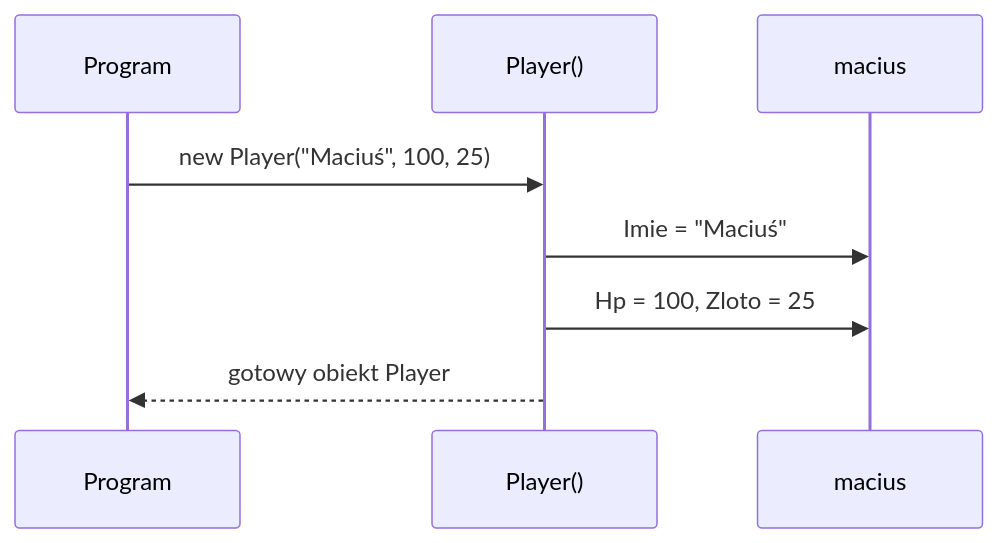
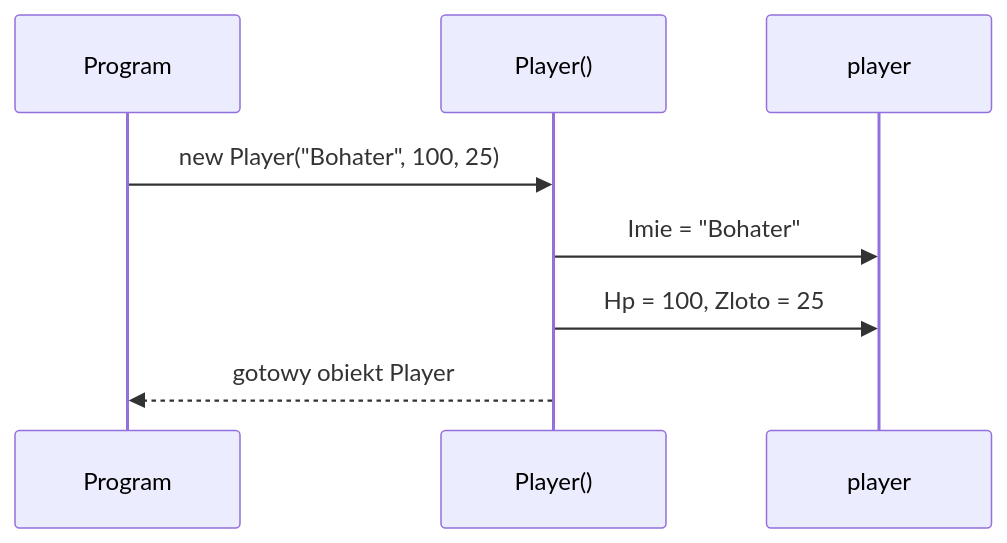
One commit to PJMPR/podstawy-programowania changed the third of 6 diagrams in _materials/07-lecture-randomness-and-game-algorithms.md. Above: the diagram before and after it, drawn with Mermaid. The commit also changed other lines of this file and 3 other files, not shown here.

````diff
--- a/_materials/07-lecture-randomness-and-game-algorithms.md
+++ b/_materials/07-lecture-randomness-and-game-algorithms.md
@@ -242,10 +234,10 @@
 ```mermaid
 sequenceDiagram
     participant Program
     participant Konstruktor as Player()
-    participant Obiekt as macius
-    Program->>Konstruktor: new Player("Maciuś", 100, 25)
-    Konstruktor->>Obiekt: Imie = "Maciuś"
+    participant Obiekt as player
+    Program->>Konstruktor: new Player("Bohater", 100, 25)
+    Konstruktor->>Obiekt: Imie = "Bohater"
     Konstruktor->>Obiekt: Hp = 100, Zloto = 25
     Konstruktor-->>Program: gotowy obiekt Player
 ```
````
